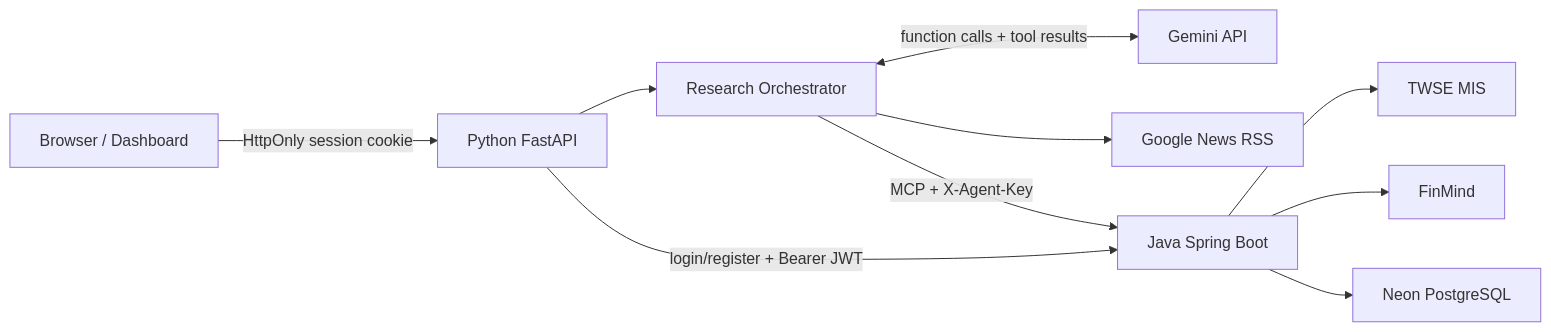
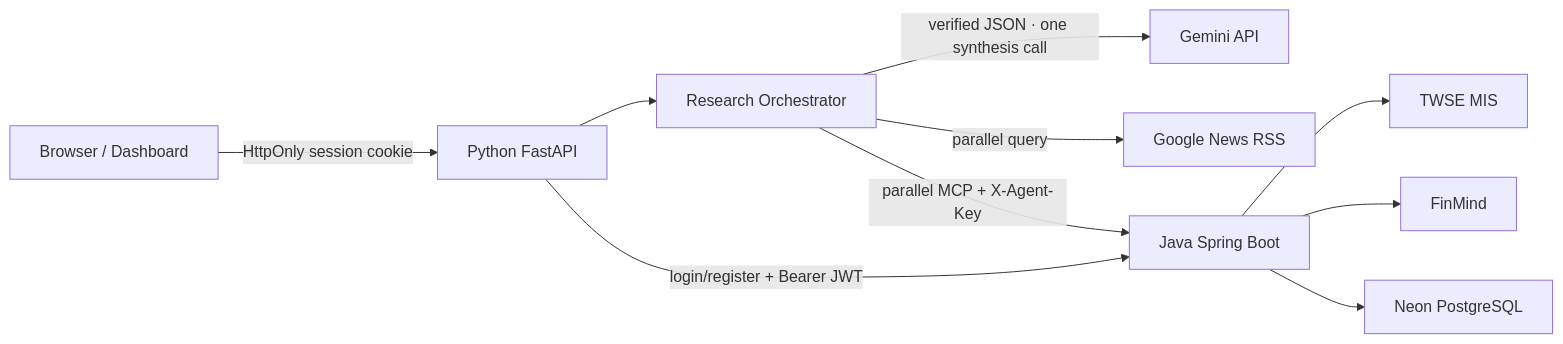
The first of 2 diagrams in docs/INTERVIEW_GUIDE.md (Yneq/taiwan-stock-research-agent), drawn with Mermaid before and after one commit. The commit also changed other lines of this file and 7 other files, not shown here.

Commit message:
docs: align architecture with single Gemini synthesis

````diff
--- a/docs/INTERVIEW_GUIDE.md
+++ b/docs/INTERVIEW_GUIDE.md
@@ -25,12 +25,12 @@
 ```mermaid
 flowchart LR
     U["Browser / Dashboard"] -->|"HttpOnly session cookie"| P["Python FastAPI"]
     P --> O["Research Orchestrator"]
-    O <-->|"function calls + tool results"| G["Gemini API"]
-    O --> N["Google News RSS"]
-    O -->|"MCP + X-Agent-Key"| J["Java Spring Boot"]
+    O -->|"verified JSON · one synthesis call"| G["Gemini API"]
+    O -->|"parallel query"| N["Google News RSS"]
+    O -->|"parallel MCP + X-Agent-Key"| J["Java Spring Boot"]
     P -->|"login/register + Bearer JWT"| J
     J --> T["TWSE MIS"]
     J --> F["FinMind"]
     J --> D["Neon PostgreSQL"]
 ```
````
